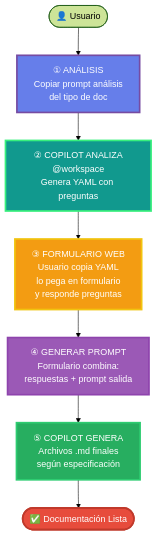
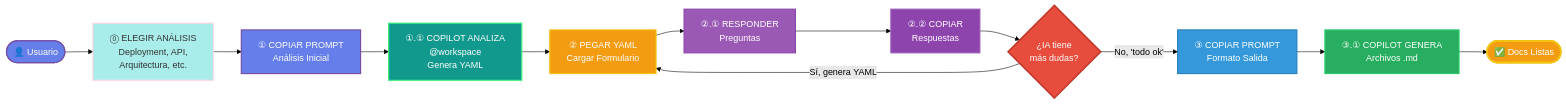
Before and after one commit to santosdevco/all_as_code: the diagram in docs/prompts/introduccion.md, drawn with Mermaid (forest theme). The commit also changed other lines of this file and 2 other files, not shown here.

````diff
--- a/docs/prompts/introduccion.md
+++ b/docs/prompts/introduccion.md
@@ -9,16 +9,26 @@
 ```mermaid
-flowchart TB
-    Start([👤 Usuario]) --> Step1["① ANÁLISIS<br/>Copiar prompt análisis<br/>del tipo de doc"]
-    Step1 --> Step2["② COPILOT ANALIZA<br/>@workspace<br/>Genera YAML con preguntas"]
-    Step2 --> Step3["③ FORMULARIO WEB<br/>Usuario copia YAML<br/>lo pega en formulario<br/>y responde preguntas"]
-    Step3 --> Step4["④ GENERAR PROMPT<br/>Formulario combina:<br/>respuestas + prompt salida"]
-    Step4 --> Step5["⑤ COPILOT GENERA<br/>Archivos .md finales<br/>según especificación"]
-    Step5 --> End([✅ Documentación Lista])
+flowchart LR
+    Start([👤 Usuario]) --> Step0["⓪ ELEGIR ANÁLISIS<br/>Deployment, API,<br/>Arquitectura, etc."]
+    Step0 --> Step1["① COPIAR PROMPT<br/>Análisis Inicial"]
+    Step1 --> Step11["①.① COPILOT ANALIZA<br/>@workspace<br/>Genera YAML"]
+    Step11 --> Step2["② PEGAR YAML<br/>Cargar Formulario"]
+    Step2 --> Step21["②.① RESPONDER<br/>Preguntas"]
+    Step21 --> Step22["②.② COPIAR<br/>Respuestas"]
+    Step22 --> Decision{"¿IA tiene<br/>más dudas?"}
+    Decision -->|Sí, genera YAML| Step2
+    Decision -->|No, 'todo ok'| Step3["③ COPIAR PROMPT<br/>Formato Salida"]
+    Step3 --> Step31["③.① COPILOT GENERA<br/>Archivos .md"]
+    Step31 --> End([✅ Docs Listas])
     
-    style Step1 fill:#667eea,color:#fff,stroke:#764ba2,stroke-width:3px
-    style Step2 fill:#11998e,color:#fff,stroke:#38ef7d,stroke-width:3px
-    style Step3 fill:#f39c12,color:#fff,stroke:#f1c40f,stroke-width:3px
-    style Step4 fill:#9b59b6,color:#fff,stroke:#8e44ad,stroke-width:3px
-    style Step5 fill:#27ae60,color:#fff,stroke:#2ecc71,stroke-width:3px
-    style End fill:#e74c3c,color:#fff,stroke:#c0392b,stroke-width:3px
+    style Start fill:#667eea,color:#fff,stroke:#764ba2,stroke-width:2px
+    style Step0 fill:#a8edea,color:#333,stroke:#fed6e3,stroke-width:2px
+    style Step1 fill:#667eea,color:#fff,stroke:#764ba2,stroke-width:2px
+    style Step11 fill:#11998e,color:#fff,stroke:#38ef7d,stroke-width:2px
+    style Step2 fill:#f39c12,color:#fff,stroke:#f1c40f,stroke-width:2px
+    style Step21 fill:#9b59b6,color:#fff,stroke:#8e44ad,stroke-width:2px
+    style Step22 fill:#8e44ad,color:#fff,stroke:#9b59b6,stroke-width:2px
+    style Decision fill:#e74c3c,color:#fff,stroke:#c0392b,stroke-width:3px
+    style Step3 fill:#3498db,color:#fff,stroke:#2980b9,stroke-width:2px
+    style Step31 fill:#27ae60,color:#fff,stroke:#2ecc71,stroke-width:2px
+    style End fill:#f39c12,color:#fff,stroke:#f1c40f,stroke-width:3px
 ```
````
